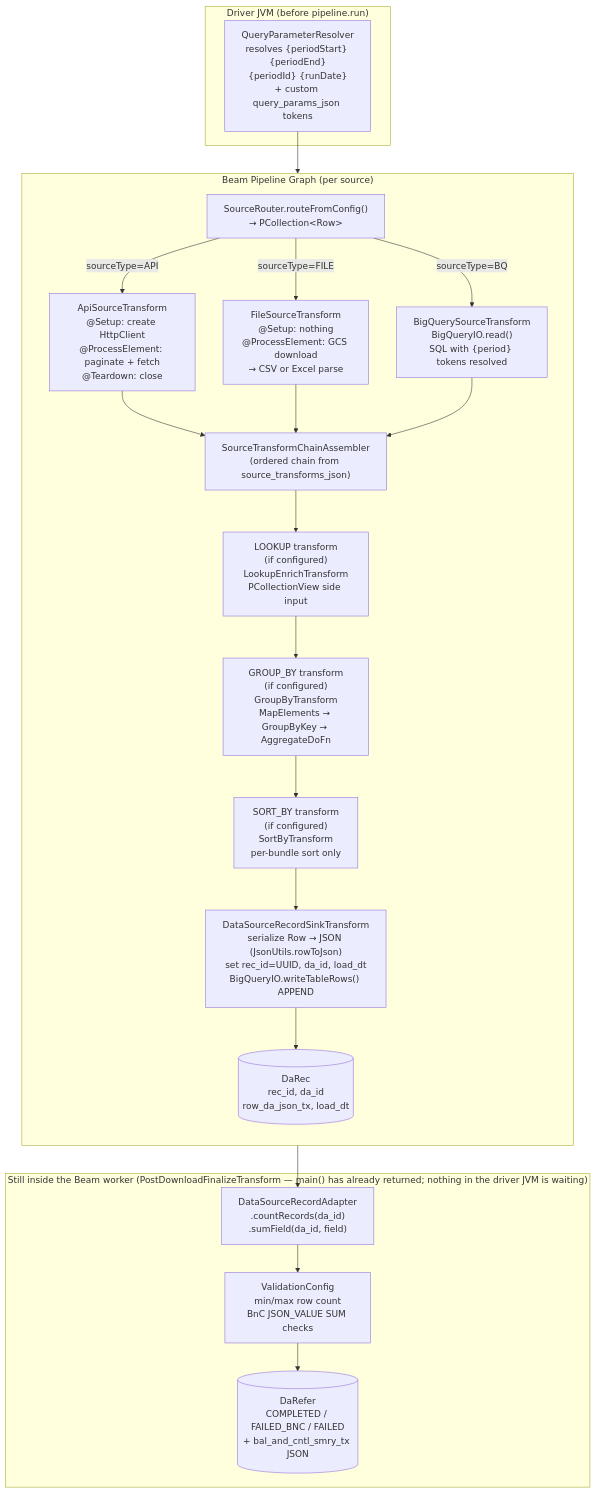
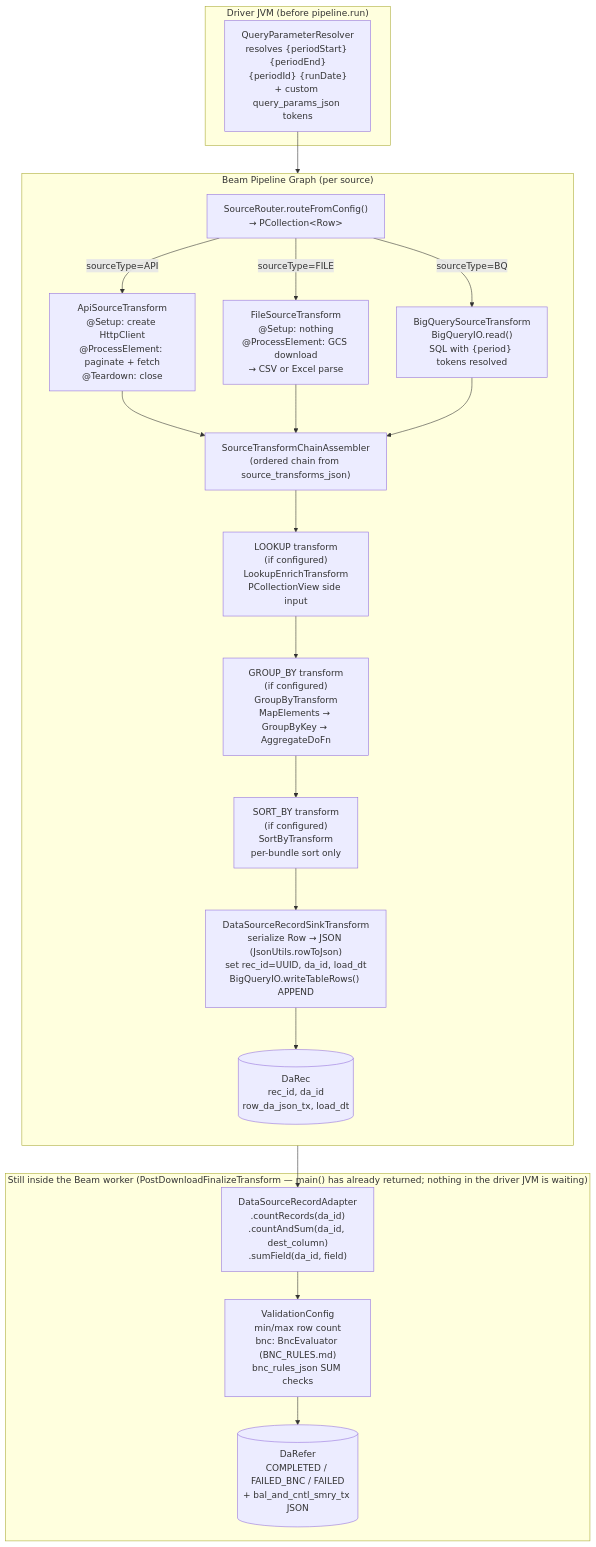
One commit to tushark-16bit/beam_framework changed the fourth of 17 diagrams in WALKTHROUGH.md. Above: the diagram before and after it, drawn with Mermaid. The commit also changed other lines of this file and 30 other files, not shown here.

````diff
--- a/WALKTHROUGH.md
+++ b/WALKTHROUGH.md
@@ -159,33 +159,33 @@
 ```mermaid
 flowchart TD
     subgraph "Beam Pipeline Graph (per source)"
         direction TB
         A["SourceRouter.routeFromConfig()\n→ PCollection&lt;Row&gt;"]
 
         A -->|sourceType=API| B1["ApiSourceTransform\n@Setup: create HttpClient\n@ProcessElement: paginate + fetch\n@Teardown: close"]
         A -->|sourceType=FILE| B2["FileSourceTransform\n@Setup: nothing\n@ProcessElement: GCS download\n→ CSV or Excel parse"]
         A -->|sourceType=BQ| B3["BigQuerySourceTransform\nBigQueryIO.read()\nSQL with {period} tokens resolved"]
 
         B1 --> C["SourceTransformChainAssembler\n(ordered chain from source_transforms_json)"]
         B2 --> C
         B3 --> C
 
         C --> D1["LOOKUP transform\n(if configured)\nLookupEnrichTransform\nPCollectionView side input"]
         D1 --> D2["GROUP_BY transform\n(if configured)\nGroupByTransform\nMapElements → GroupByKey → AggregateDoFn"]
         D2 --> D3["SORT_BY transform\n(if configured)\nSortByTransform\nper-bundle sort only"]
 
         D3 --> F["DataSourceRecordSinkTransform\nserialize Row → JSON (JsonUtils.rowToJson)\nset rec_id=UUID, da_id, load_dt\nBigQueryIO.writeTableRows() APPEND"]
         F --> RecTab[("DaRec\nrec_id, da_id\nrow_da_json_tx, load_dt")]
     end
 
     subgraph "Driver JVM (before pipeline.run)"
         H["QueryParameterResolver\nresolves {periodStart} {periodEnd}\n{periodId} {runDate}\n+ custom query_params_json tokens"]
         H --> A
     end
 
     subgraph "Still inside the Beam worker (PostDownloadFinalizeTransform — main() has already returned; nothing in the driver JVM is waiting)"
-        RecTab --> I["DataSourceRecordAdapter\n.countRecords(da_id)\n.sumField(da_id, field)"]
-        I --> J["ValidationConfig\nmin/max row count\nBnC JSON_VALUE SUM checks"]
+        RecTab --> I["DataSourceRecordAdapter\n.countRecords(da_id)\n.countAndSum(da_id, dest_column)\n.sumField(da_id, field)"]
+        I --> J["ValidationConfig\nmin/max row count\nbnc: BncEvaluator (BNC_RULES.md)\nbnc_rules_json SUM checks"]
         J --> K[("DaRefer\nCOMPLETED / FAILED_BNC / FAILED\n+ bal_and_cntl_smry_tx JSON")]
     end
 ```
````
